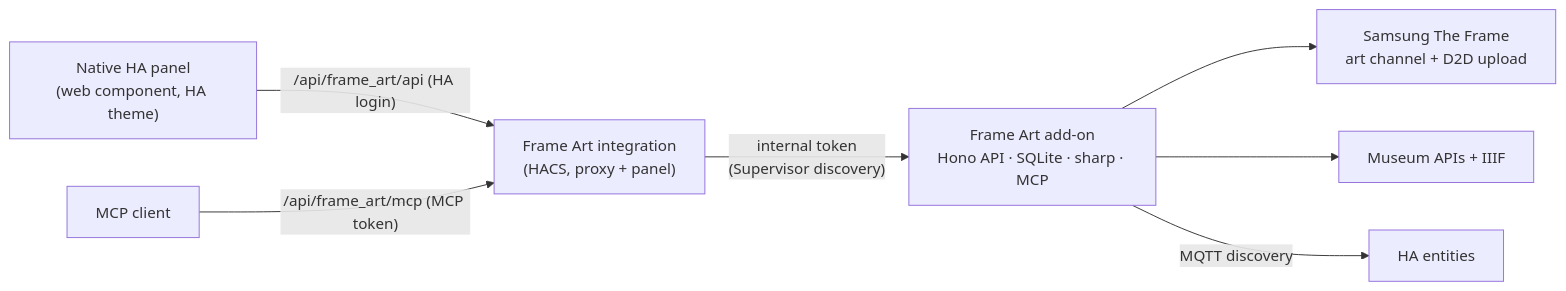
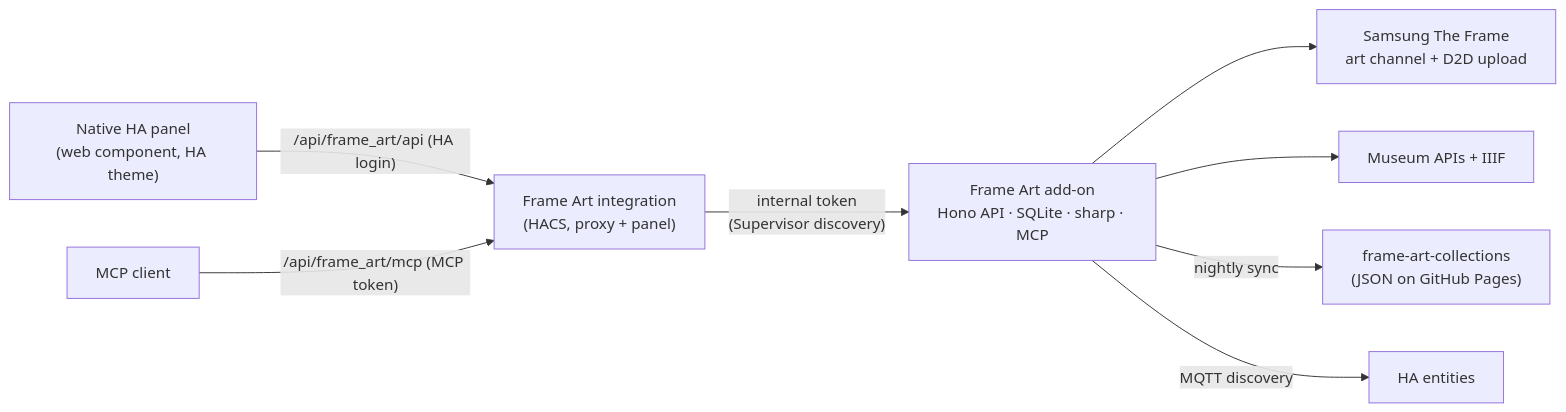
The diagram in README.md (dstollie/ha-frame-art), drawn with Mermaid before and after one commit. The commit also changed other lines of this file and 8 other files, not shown here.

````diff
--- a/README.md
+++ b/README.md
@@ -102,9 +71,10 @@
 ```mermaid
 flowchart LR
   Panel["Native HA panel<br/>(web component, HA theme)"] -->|"/api/frame_art/api (HA login)"| Integration
   Claude["MCP client"] -->|"/api/frame_art/mcp (MCP token)"| Integration
   Integration["Frame Art integration<br/>(HACS, proxy + panel)"] -->|"internal token<br/>(Supervisor discovery)"| Addon
   Addon["Frame Art add-on<br/>Hono API · SQLite · sharp · MCP"] --> TV["Samsung The Frame<br/>art channel + D2D upload"]
   Addon --> Museums["Museum APIs + IIIF"]
+  Addon -->|nightly sync| Collections["frame-art-collections<br/>(JSON on GitHub Pages)"]
   Addon -->|MQTT discovery| HA["HA entities"]
 ```
````
